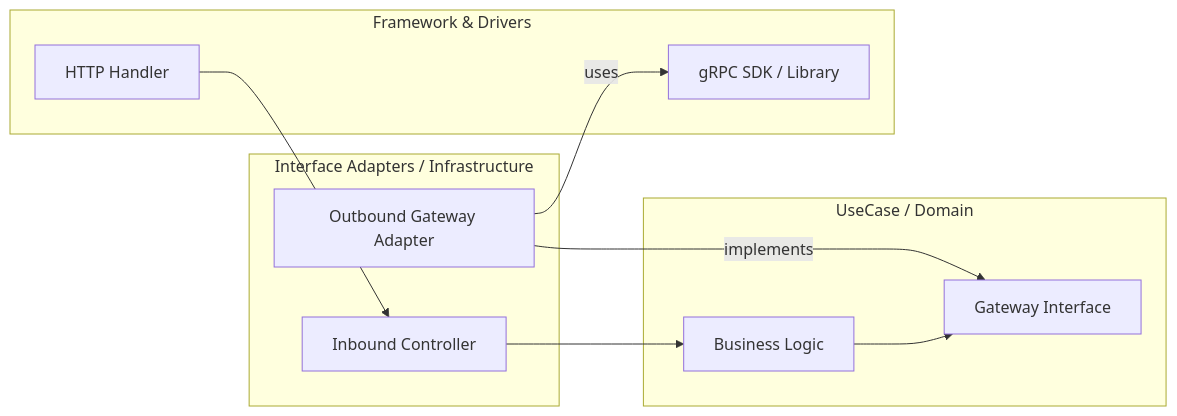
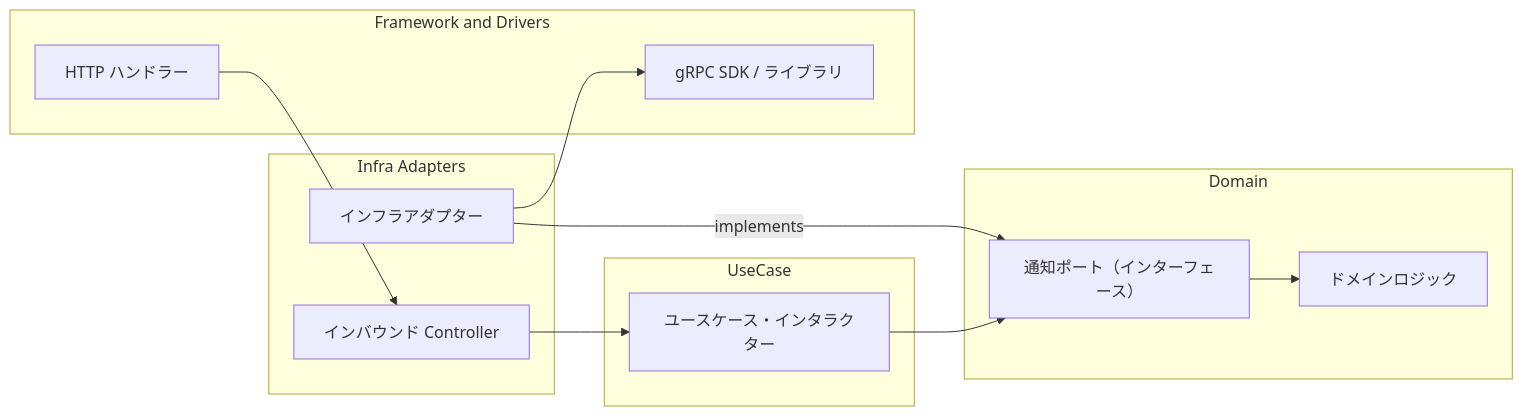
Before and after one commit to sokoide/workshop: the sixth of 6 diagrams in infra/http_persistent_ja.md, drawn with Mermaid. The commit also changed other lines of this file and 1 other file, not shown here.

Commit message:
update: mermaid charts in http

````diff
--- a/infra/http_persistent_ja.md
+++ b/infra/http_persistent_ja.md
@@ -538,23 +539,28 @@
 ```mermaid
 graph LR
-    subgraph UseCase / Domain
-        UC[Business Logic]
-        Gate_IF[Gateway Interface]
+    subgraph Domain
+        DomainLogic[ドメインロジック]
+        DomainPort[通知ポート（インターフェース）]
     end
 
-    subgraph Interface Adapters / Infrastructure
-        In_Ctrl[Inbound Controller]
-        Out_Gate[Outbound Gateway Adapter]
+    subgraph UseCase
+        UC[ユースケース・インタラクター]
     end
 
-    subgraph Framework & Drivers
-        GRPC_SDK[gRPC SDK / Library]
-        HTTP_Hdl[HTTP Handler]
+    subgraph Infra Adapters
+        InboundCtrl[インバウンド Controller]
+        InfraImpl[インフラアダプター]
     end
 
-    HTTP_Hdl --> In_Ctrl
-    In_Ctrl --> UC
-    UC --> Gate_IF
-    Out_Gate -- implements --> Gate_IF
-    Out_Gate -- uses --> GRPC_SDK
+    subgraph Framework and Drivers
+        HTTP_Hdl[HTTP ハンドラー]
+        GRPC_SDK[gRPC SDK / ライブラリ]
+    end
+
+    HTTP_Hdl --> InboundCtrl
+    InboundCtrl --> UC
+    UC --> DomainPort
+    InfraImpl -- implements --> DomainPort
+    DomainPort --> DomainLogic
+    InfraImpl --> GRPC_SDK
 ```
````
